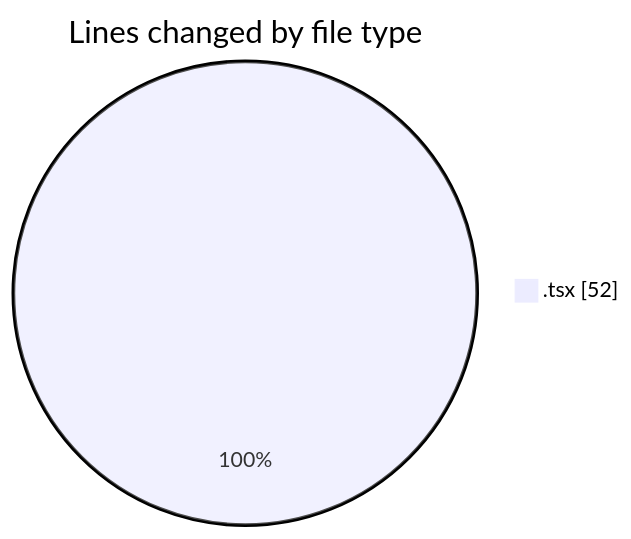
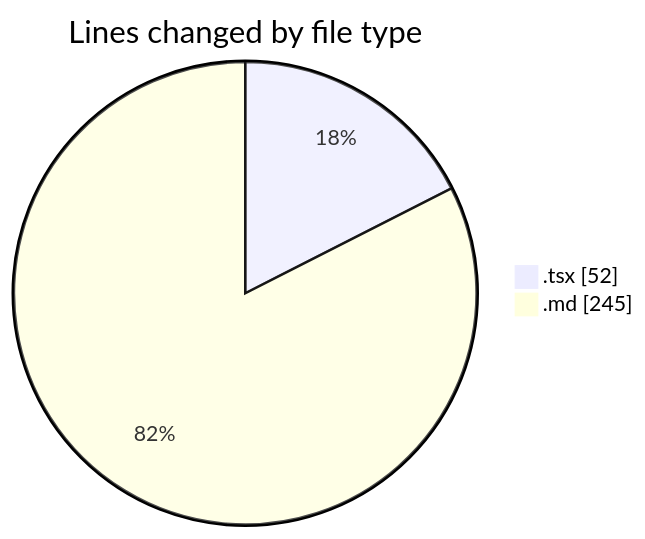
The first of 2 diagrams in 2025-12-12/cda/README.md (momahboobian/code-tracking), drawn with Mermaid before and after one commit. The commit also changed other lines of this file and 1 other file, not shown here.

````diff
--- a/2025-12-12/cda/README.md
+++ b/2025-12-12/cda/README.md
@@ -20,5 +21,6 @@
 ```mermaid
 pie showData
 title Lines changed by file type
 ".tsx" : 52
+".md" : 245
 ```
````
